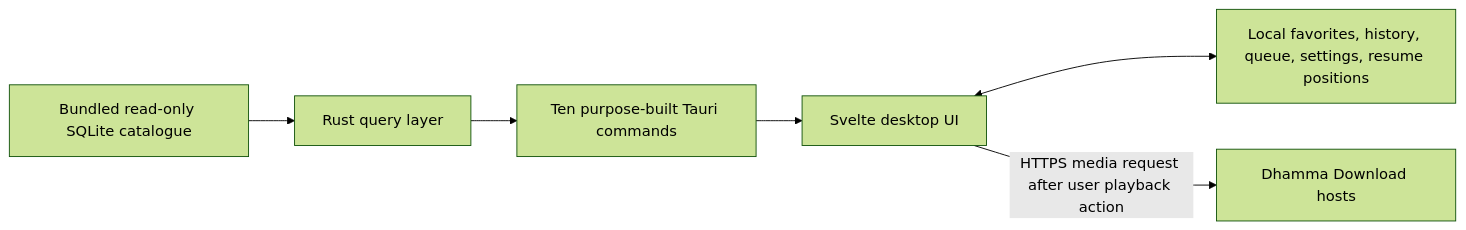
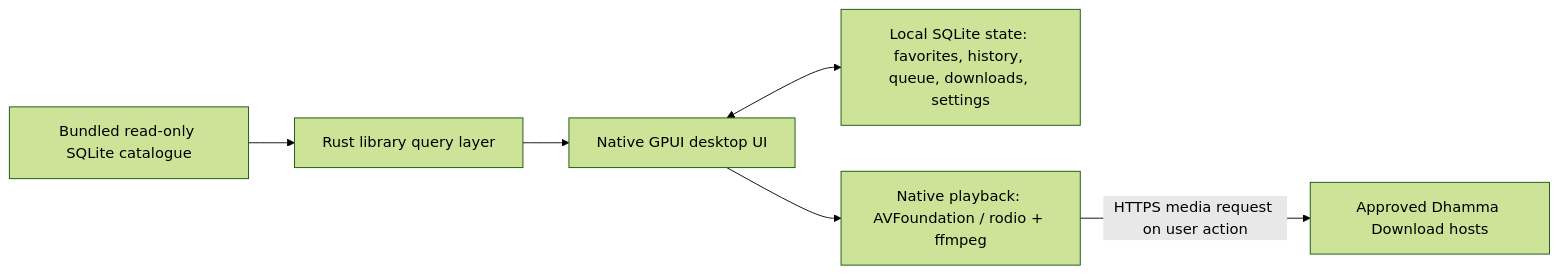
One commit to AungMyoKyaw/dhamma-echo changed the diagram in README.md. Above: the diagram before and after it, drawn with Mermaid (forest theme). The commit also changed other lines of this file and 19 other files, not shown here.

````diff
--- a/README.md
+++ b/README.md
@@ -90,8 +88,8 @@
 ```mermaid
 flowchart LR
-    db[Bundled read-only SQLite catalogue] --> rust[Rust query layer]
-    rust --> commands[Ten purpose-built Tauri commands]
-    commands --> ui[Svelte desktop UI]
-    ui <--> local[Local favorites, history, queue, settings, resume positions]
-    ui -->|HTTPS media request after user playback action| source[Dhamma Download hosts]
+    db[Bundled read-only SQLite catalogue] --> lib[Rust library query layer]
+    lib --> ui[Native GPUI desktop UI]
+    ui <--> state[Local SQLite state: favorites, history, queue, downloads, settings]
+    ui --> player[Native playback: AVFoundation / rodio + ffmpeg]
+    player -->|HTTPS media request on user action| source[Approved Dhamma Download hosts]
 ```
````
